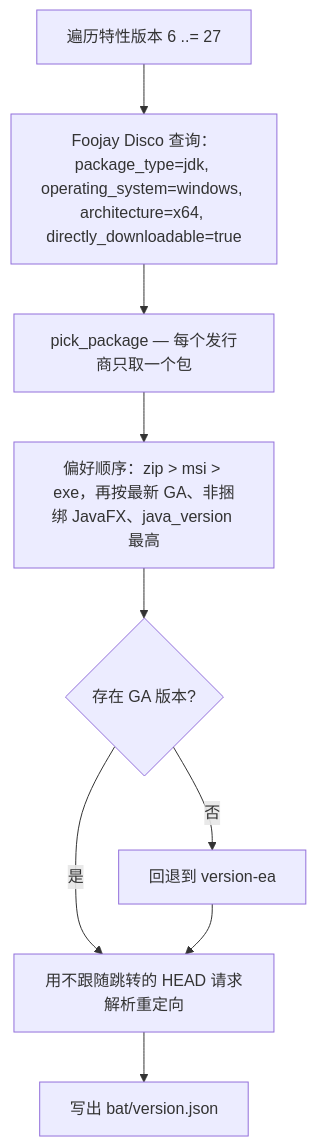
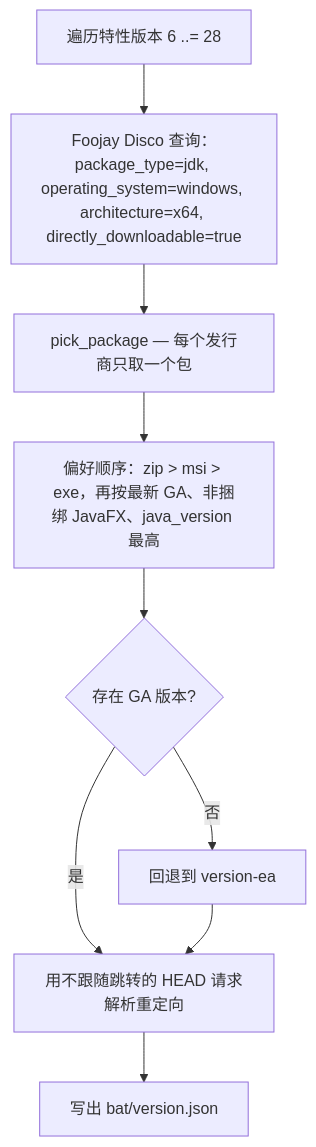
One commit to rururunu/Jir changed diagram 11 of 15 in TECHNICAL.zh-CN.md. Above: the diagram before and after it, drawn with Mermaid. The commit also changed 4 other files, not shown here.

````diff
--- a/TECHNICAL.zh-CN.md
+++ b/TECHNICAL.zh-CN.md
@@ -284,11 +284,11 @@
 ```mermaid
 flowchart TD
-    Loop["遍历特性版本 6 ..= 27"] --> Query["Foojay Disco 查询：package_type=jdk, operating_system=windows, architecture=x64, directly_downloadable=true"]
+    Loop["遍历特性版本 6 ..= 28"] --> Query["Foojay Disco 查询：package_type=jdk, operating_system=windows, architecture=x64, directly_downloadable=true"]
     Query --> Pick["pick_package — 每个发行商只取一个包"]
     Pick --> Pref["偏好顺序：zip > msi > exe，再按最新 GA、非捆绑 JavaFX、java_version 最高"]
     Pref --> GA{"存在 GA 版本?"}
     GA -- 否 --> EA["回退到 version-ea"]
     GA -- 是 --> Head
     EA --> Head["用不跟随跳转的 HEAD 请求解析重定向"]
     Head --> Out["写出 bat/version.json"]
 ```
````
